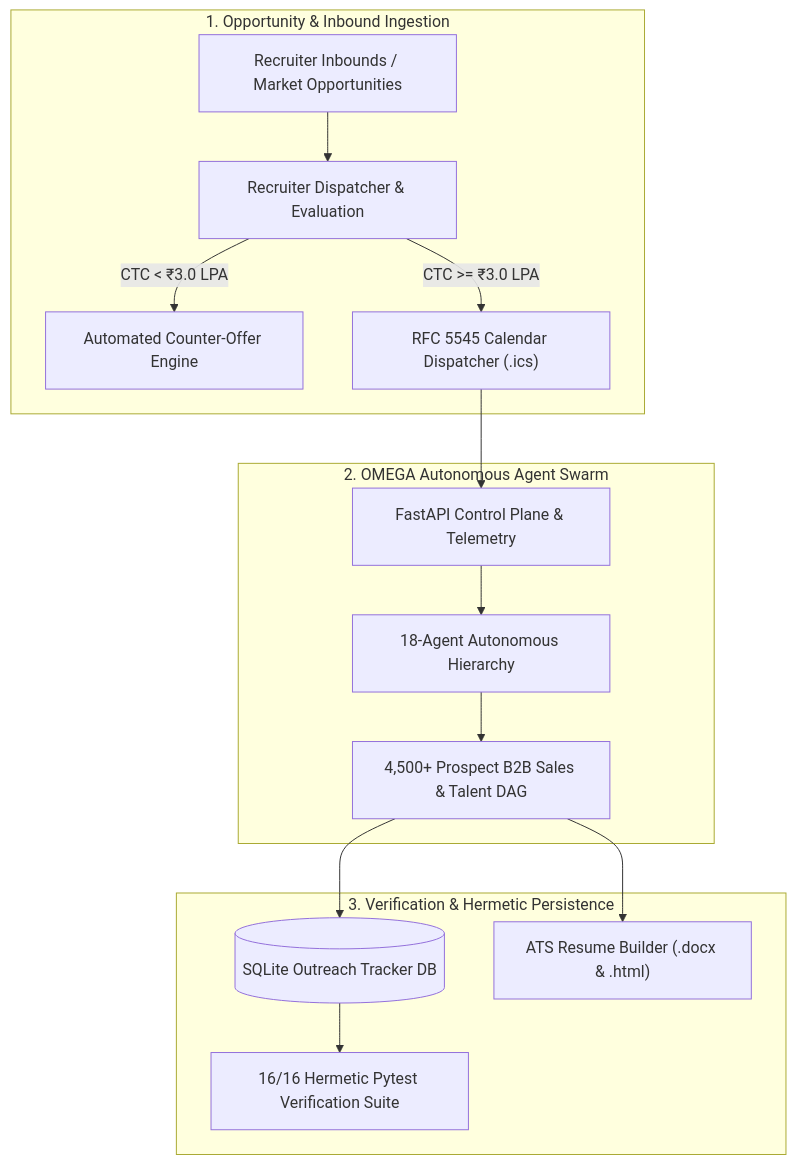
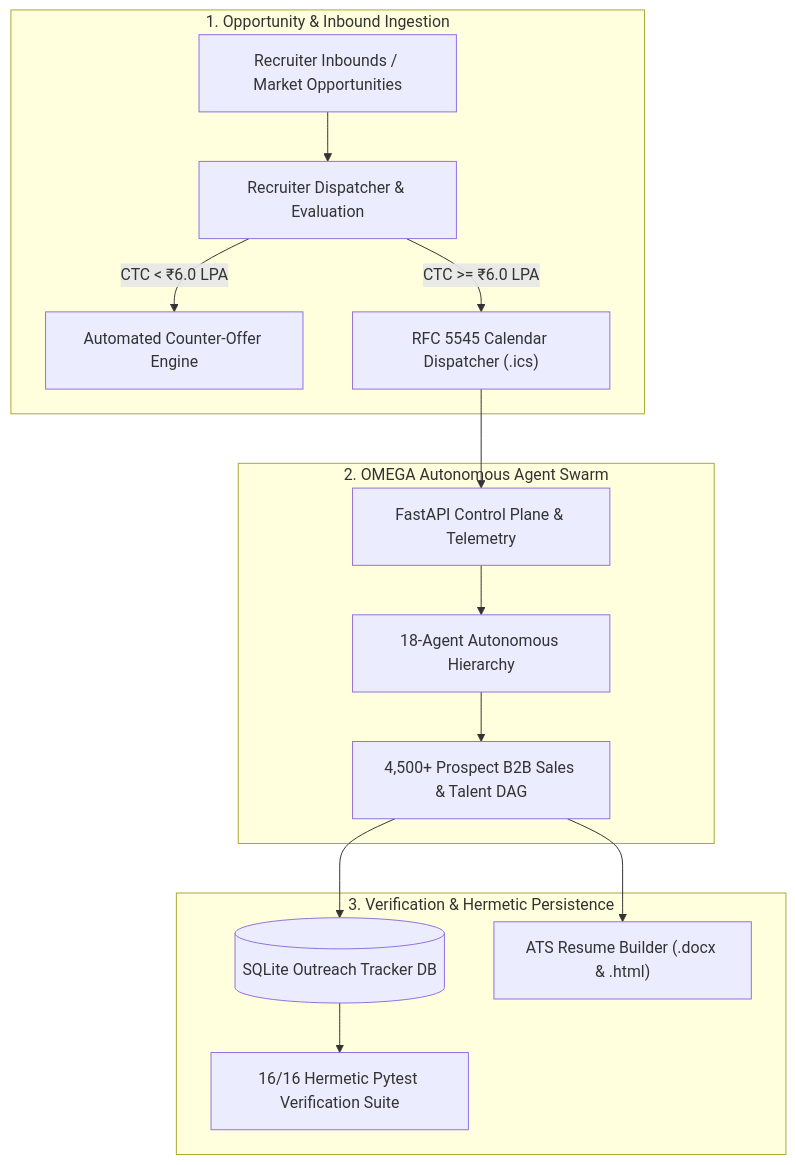
Before and after one commit to AdityaMehra007/anti: the diagram in README.md, drawn with Mermaid. The commit also changed other lines of this file and 3 other files, not shown here.

Commit message:
feat(compensation): elevate recruiter CTC floor to 6.0 LPA across dispatcher, tests, and documentation

````diff
--- a/README.md
+++ b/README.md
@@ -26,20 +26,20 @@
 ```mermaid
 flowchart TD
     subgraph INGESTION["1. Opportunity & Inbound Ingestion"]
         A["Recruiter Inbounds / Market Opportunities"] --> B["Recruiter Dispatcher & Evaluation"]
-        B -->|CTC < ₹3.0 LPA| C["Automated Counter-Offer Engine"]
-        B -->|CTC >= ₹3.0 LPA| D["RFC 5545 Calendar Dispatcher (.ics)"]
+        B -->|CTC < ₹6.0 LPA| C["Automated Counter-Offer Engine"]
+        B -->|CTC >= ₹6.0 LPA| D["RFC 5545 Calendar Dispatcher (.ics)"]
     end
 
     subgraph ORCHESTRATION["2. OMEGA Autonomous Agent Swarm"]
         D --> E["FastAPI Control Plane & Telemetry"]
         E --> F["18-Agent Autonomous Hierarchy"]
         F --> G["4,500+ Prospect B2B Sales & Talent DAG"]
     end
 
     subgraph PERSISTENCE["3. Verification & Hermetic Persistence"]
         G --> H[("SQLite Outreach Tracker DB")]
         G --> I["ATS Resume Builder (.docx & .html)"]
         H --> J["16/16 Hermetic Pytest Verification Suite"]
     end
 ```
````
